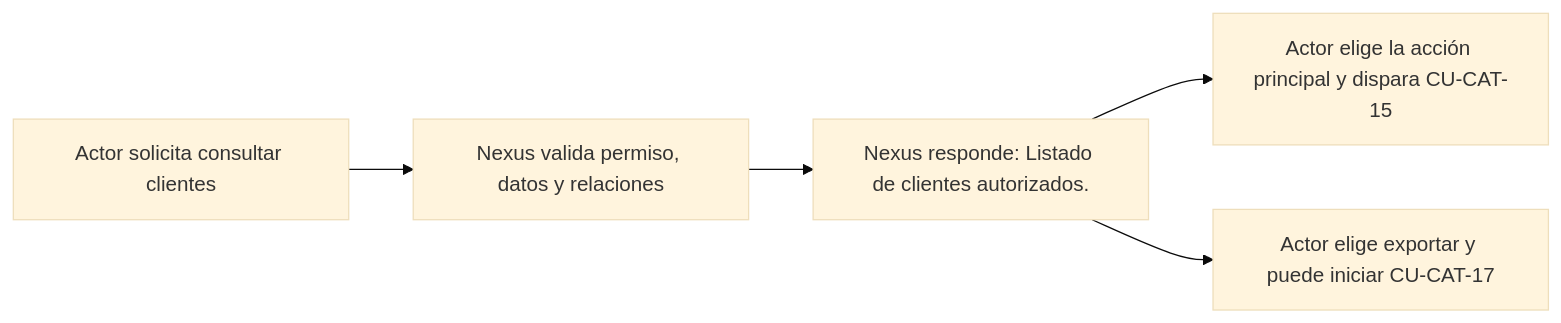
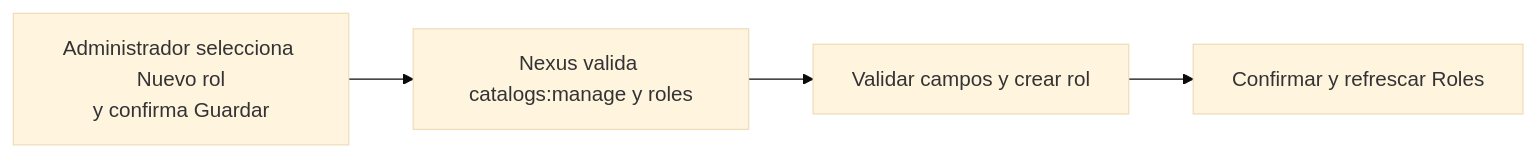
One commit to gpgsistemas01/nexus changed the diagram in docs/requirements/diagrams/catalogs/cu-cat-14.md. Above: the diagram before and after it, drawn with Mermaid (base theme). The commit also changed other lines of this file and 287 other files, not shown here.

````diff
--- a/docs/requirements/diagrams/catalogs/cu-cat-14.md
+++ b/docs/requirements/diagrams/catalogs/cu-cat-14.md
@@ -3,7 +3,6 @@
 ```mermaid
 flowchart LR
-    request["Actor solicita consultar clientes"] --> validate["Nexus valida permiso, datos y relaciones"]
-    validate --> result["Nexus responde: Listado de clientes autorizados."]
-    result --> primary["Actor elige la acción principal y dispara CU-CAT-15"]
-    result --> report["Actor elige exportar y puede iniciar CU-CAT-17"]
+    request["Administrador selecciona Nuevo rol<br/>y confirma Guardar"] --> authorize["Nexus valida catalogs:manage y roles"]
+    authorize --> persist["Validar campos y crear rol"]
+    persist --> result["Confirmar y refrescar Roles"]
 ```
````
